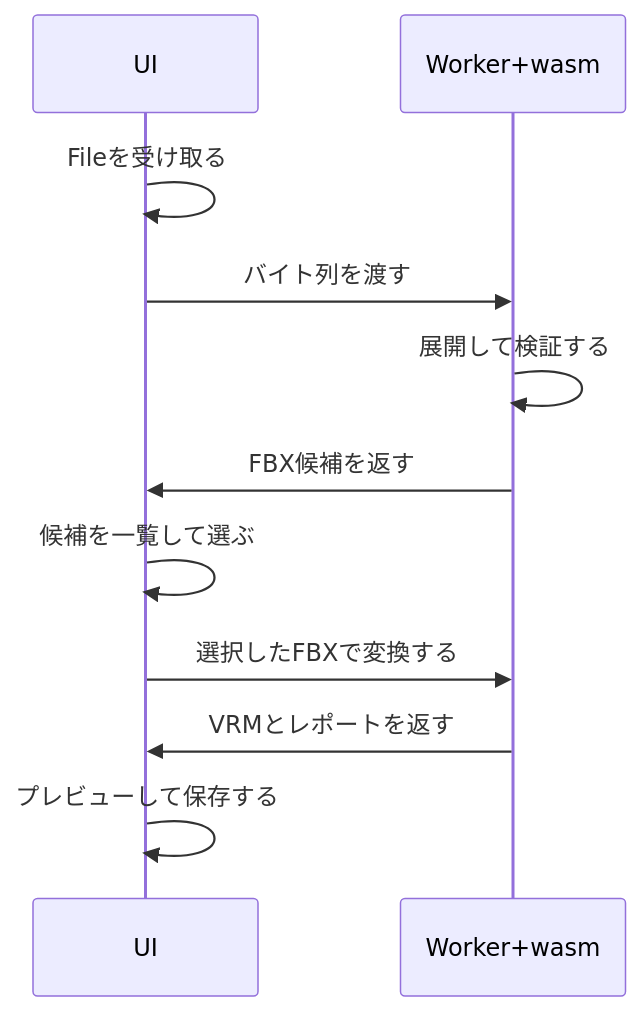
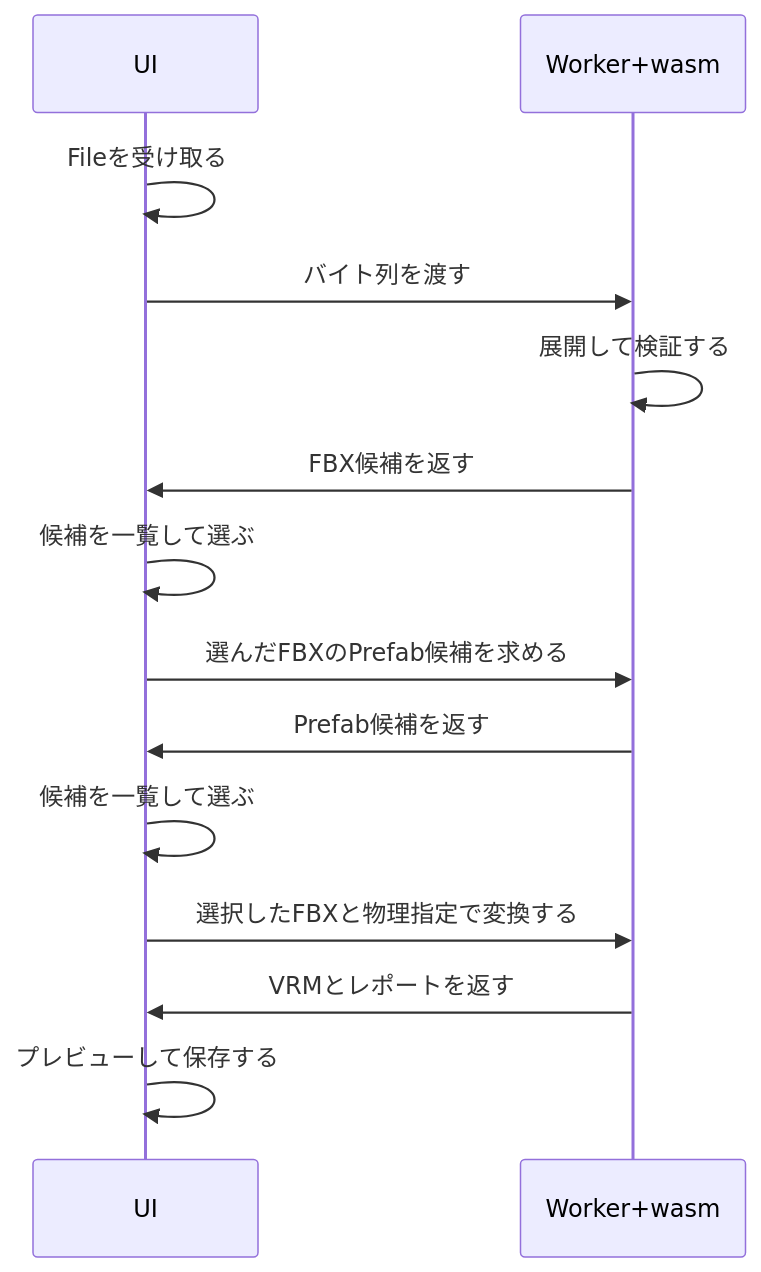
Before and after one commit to halby24/vrctom: the second of 2 diagrams in design/Webアプリ.md, drawn with Mermaid. The commit also changed other lines of this file and 24 other files, not shown here.

````diff
--- a/design/Webアプリ.md
+++ b/design/Webアプリ.md
@@ -31,13 +32,16 @@
 ```mermaid
 sequenceDiagram
     participant U as UI
     participant W as Worker+wasm
     U->>U: Fileを受け取る
     U->>W: バイト列を渡す
     W->>W: 展開して検証する
     W->>U: FBX候補を返す
     U->>U: 候補を一覧して選ぶ
-    U->>W: 選択したFBXで変換する
+    U->>W: 選んだFBXのPrefab候補を求める
+    W->>U: Prefab候補を返す
+    U->>U: 候補を一覧して選ぶ
+    U->>W: 選択したFBXと物理指定で変換する
     W->>U: VRMとレポートを返す
     U->>U: プレビューして保存する
 ```
````
